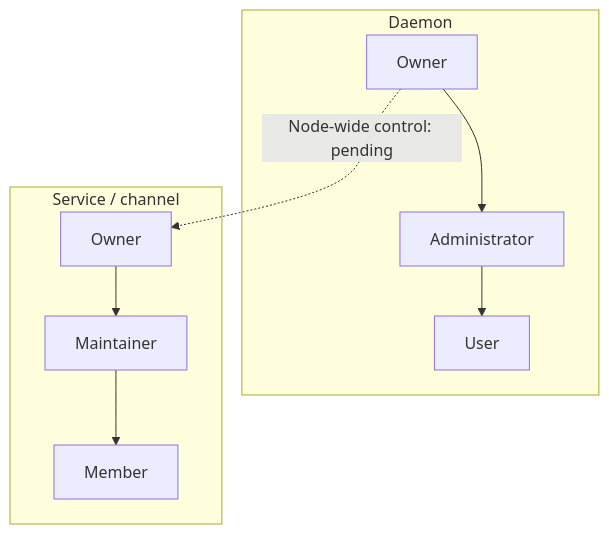
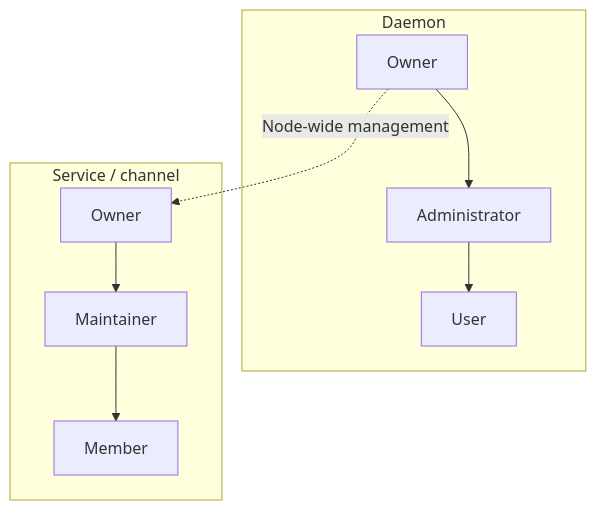
One commit to parf/ai-agent-bus changed the diagram in docs/01-identity-and-roles.md. Above: the diagram before and after it, drawn with Mermaid. The commit also changed other lines of this file and 33 other files, not shown here.

````diff
--- a/docs/01-identity-and-roles.md
+++ b/docs/01-identity-and-roles.md
@@ -55,10 +55,10 @@
 ```mermaid
 flowchart TB
     subgraph Node[Daemon]
         DO[Owner] --> DA[Administrator] --> DU[User]
     end
     subgraph Resource[Service / channel]
         RO[Owner] --> RM[Maintainer] --> Member[Member]
     end
-    DO -. "Node-wide control: pending" .-> RO
+    DO -. "Node-wide management" .-> RO
 ```
````
